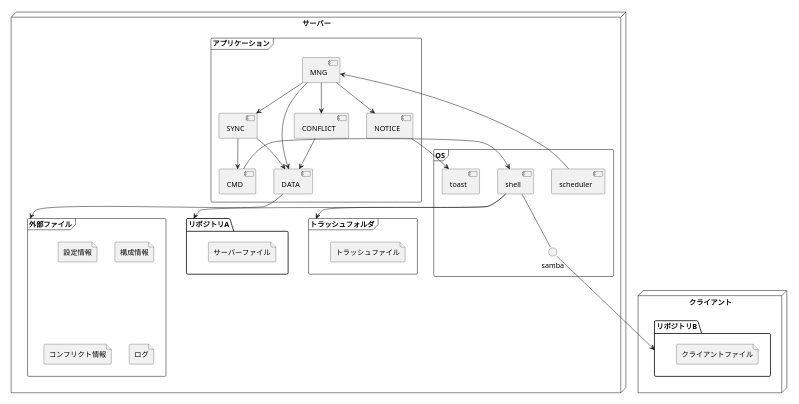
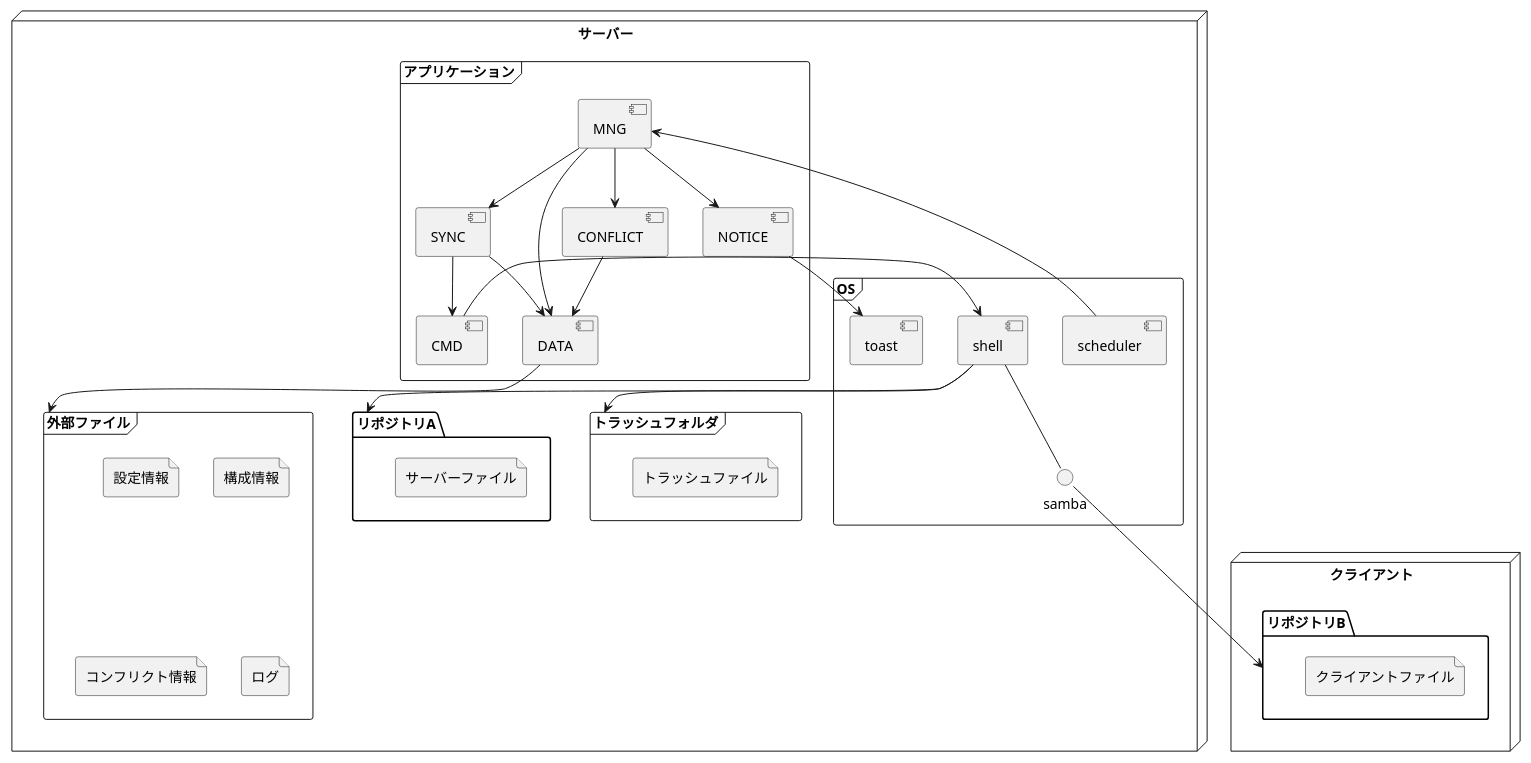
One commit to KiyoshiKazuma/PhotoAutoSyncSystem changed the diagram in doc/システム構成図.puml. Above: the diagram before and after it, drawn with PlantUML. The commit also changed 1 other file, not shown here.

```diff
--- a/doc/システム構成図.puml
+++ b/doc/システム構成図.puml
@@ -1,58 +1,58 @@
 @startuml
-scale 720 width
+scale 1400 width
 node サーバー{
     folder リポジトリA{
         file サーバーファイル
     }
 
     frame アプリケーション{
         component MNG
         component SYNC
         component NOTICE
         component DATA
         component CMD
         component CONFLICT
     }
 
     frame 外部ファイル{
         file 設定情報
         file 構成情報
         file コンフリクト情報
         file ログ
     }
 
     frame トラッシュフォルダ{
         file トラッシュファイル
     }
     
     frame OS{
         component scheduler
         component shell
         component toast
         interface samba    
     }
 
 }
 node クライアント{
     folder リポジトリB{
         file クライアントファイル
     }
 }
 
 scheduler --> MNG
 MNG --> SYNC
 MNG --> NOTICE
 MNG --> CONFLICT
 SYNC --> CMD
 SYNC --> DATA
 CONFLICT --> DATA
 MNG --> DATA 
 DATA --> 外部ファイル
 CMD --> shell
 NOTICE --> toast
 shell --> リポジトリA
 shell -- samba
 shell --> トラッシュフォルダ
 samba --> リポジトリB
 
 @enduml
```
